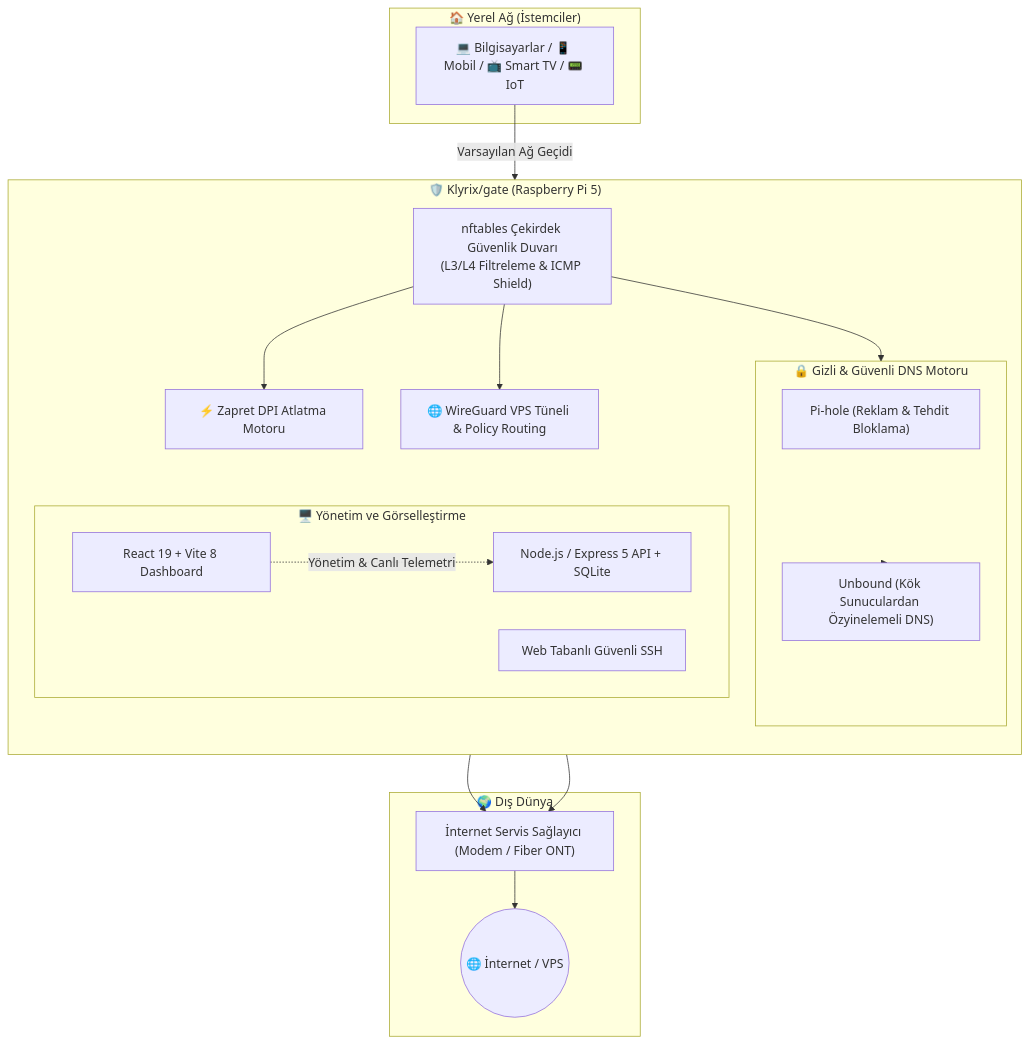
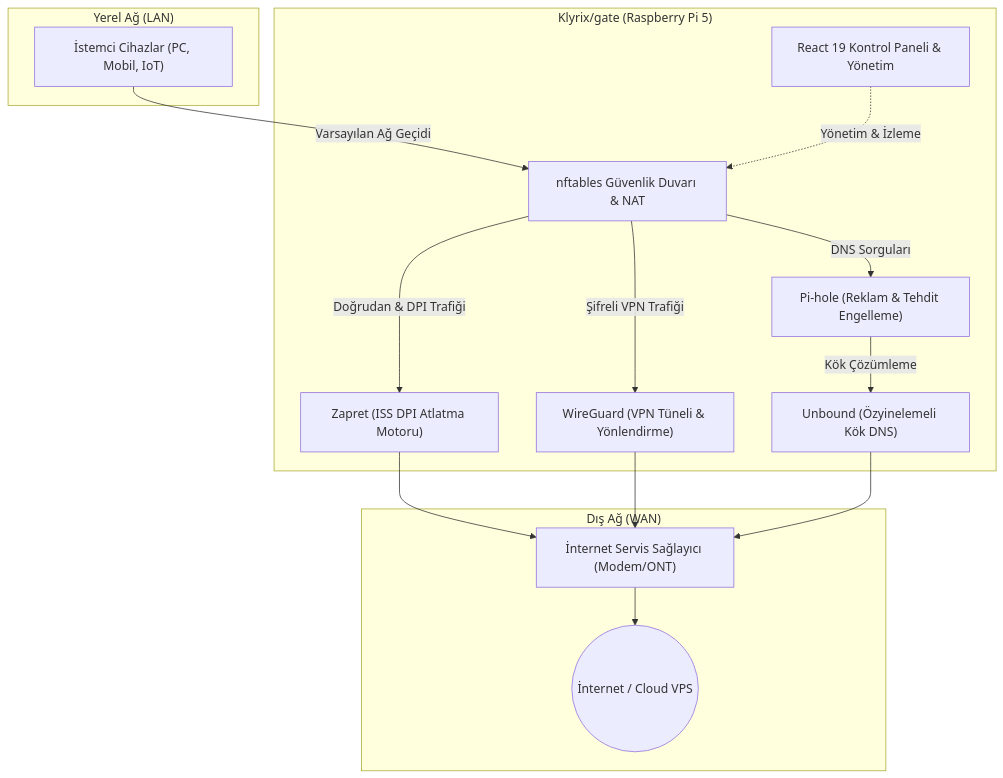
One commit to Ea2601/Pi5 changed the diagram in README.tr.md. Above: the diagram before and after it, drawn with Mermaid. The commit also changed 1 other file, not shown here.

Commit message:
fix(docs): resolve Mermaid syntax issue for GitHub markdown renderer

````diff
--- a/README.tr.md
+++ b/README.tr.md
@@ -72,40 +72,31 @@
 ```mermaid
 flowchart TD
-    subgraph LAN["🏠 Yerel Ağ (İstemciler)"]
-        CLIENTS["💻 Bilgisayarlar / 📱 Mobil / 📺 Smart TV / 📟 IoT"]
+    subgraph LAN["Yerel Ağ (LAN)"]
+        CLIENTS["İstemci Cihazlar (PC, Mobil, IoT)"]
     end
 
-    subgraph GATEWAY["🛡️ Klyrix/gate (Raspberry Pi 5)"]
-        direction TB
-        NFT["nftables Çekirdek Güvenlik Duvarı<br/>(L3/L4 Filtreleme & ICMP Shield)"]
-        
-        subgraph DNS_STACK["🔒 Gizli & Güvenli DNS Motoru"]
-            PIHOLE["Pi-hole (Reklam & Tehdit Bloklama)"]
-            UNBOUND["Unbound (Kök Sunuculardan Özyinelemeli DNS)"]
-        end
-        
-        ZAPRET["⚡ Zapret DPI Atlatma Motoru"]
-        WG["🌐 WireGuard VPS Tüneli & Policy Routing"]
-        
-        subgraph CONTROL["🖥️ Yönetim ve Görselleştirme"]
-            BACKEND["Node.js / Express 5 API + SQLite"]
-            UI["React 19 + Vite 8 Dashboard"]
-            TERMINAL["Web Tabanlı Güvenli SSH"]
-        end
+    subgraph GATEWAY["Klyrix/gate (Raspberry Pi 5)"]
+        NFT["nftables Güvenlik Duvarı & NAT"]
+        PIHOLE["Pi-hole (Reklam & Tehdit Engelleme)"]
+        UNBOUND["Unbound (Özyinelemeli Kök DNS)"]
+        ZAPRET["Zapret (ISS DPI Atlatma Motoru)"]
+        WG["WireGuard (VPN Tüneli & Yönlendirme)"]
+        UI["React 19 Kontrol Paneli & Yönetim"]
     end
 
-    subgraph WAN["🌍 Dış Dünya"]
-        MODEM["İnternet Servis Sağlayıcı (Modem / Fiber ONT)"]
-        INTERNET(("🌐 İnternet / VPS"))
+    subgraph WAN["Dış Ağ (WAN)"]
+        MODEM["İnternet Servis Sağlayıcı (Modem/ONT)"]
+        INTERNET(("İnternet / Cloud VPS"))
     end
 
     CLIENTS -->|Varsayılan Ağ Geçidi| NFT
-    NFT --> DNS_STACK
-    DNS_STACK --> UNBOUND
-    NFT --> ZAPRET
-    NFT --> WG
+    NFT -->|DNS Sorguları| PIHOLE
+    PIHOLE -->|Kök Çözümleme| UNBOUND
+    NFT -->|Doğrudan & DPI Trafiği| ZAPRET
+    NFT -->|Şifreli VPN Trafiği| WG
+    ZAPRET --> MODEM
     WG --> MODEM
-    ZAPRET --> MODEM
+    UNBOUND --> MODEM
     MODEM --> INTERNET
-    UI -.->|Yönetim & Canlı Telemetri| BACKEND
+    UI -.->|Yönetim & İzleme| NFT
 ```
````
